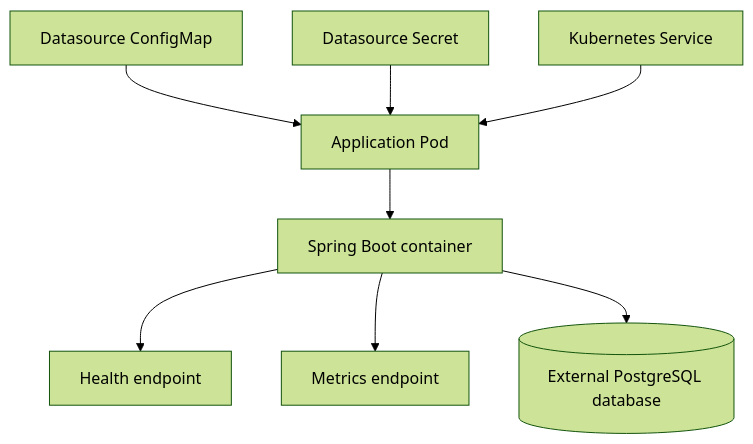
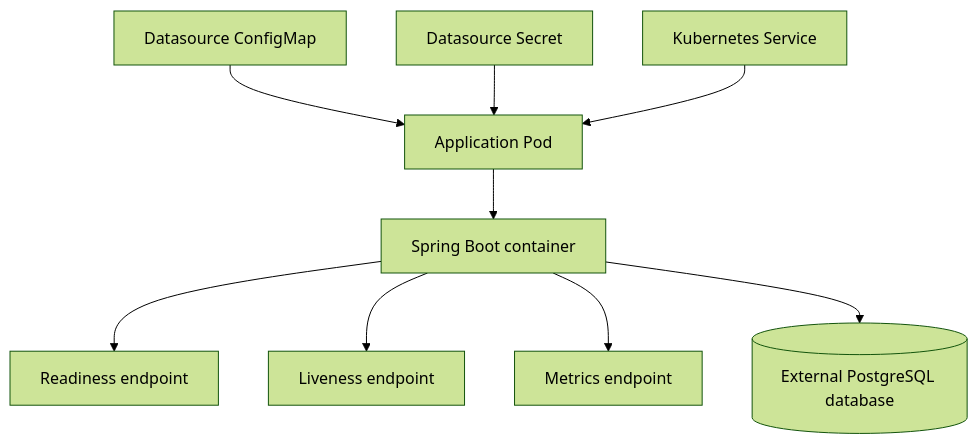
The third of 4 diagrams in docs/architecture.md (istvandezsi/java-cloud-platform-lab), drawn with Mermaid (forest theme) before and after one commit. The commit also changed other lines of this file, not shown here.

Commit message:
Document OpenAPI in architecture overview

````diff
--- a/docs/architecture.md
+++ b/docs/architecture.md
@@ -74,10 +104,11 @@
 ```mermaid
 flowchart TD
     ConfigMap[Datasource ConfigMap] --> Pod[Application Pod]
     Secret[Datasource Secret] --> Pod
     Service[Kubernetes Service] --> Pod
     Pod --> Container[Spring Boot container]
-    Container --> Health[Health endpoint]
+    Container --> Readiness[Readiness endpoint]
+    Container --> Liveness[Liveness endpoint]
     Container --> Metrics[Metrics endpoint]
     Container --> ExternalDatabase[(External PostgreSQL database)]
 ```
````
